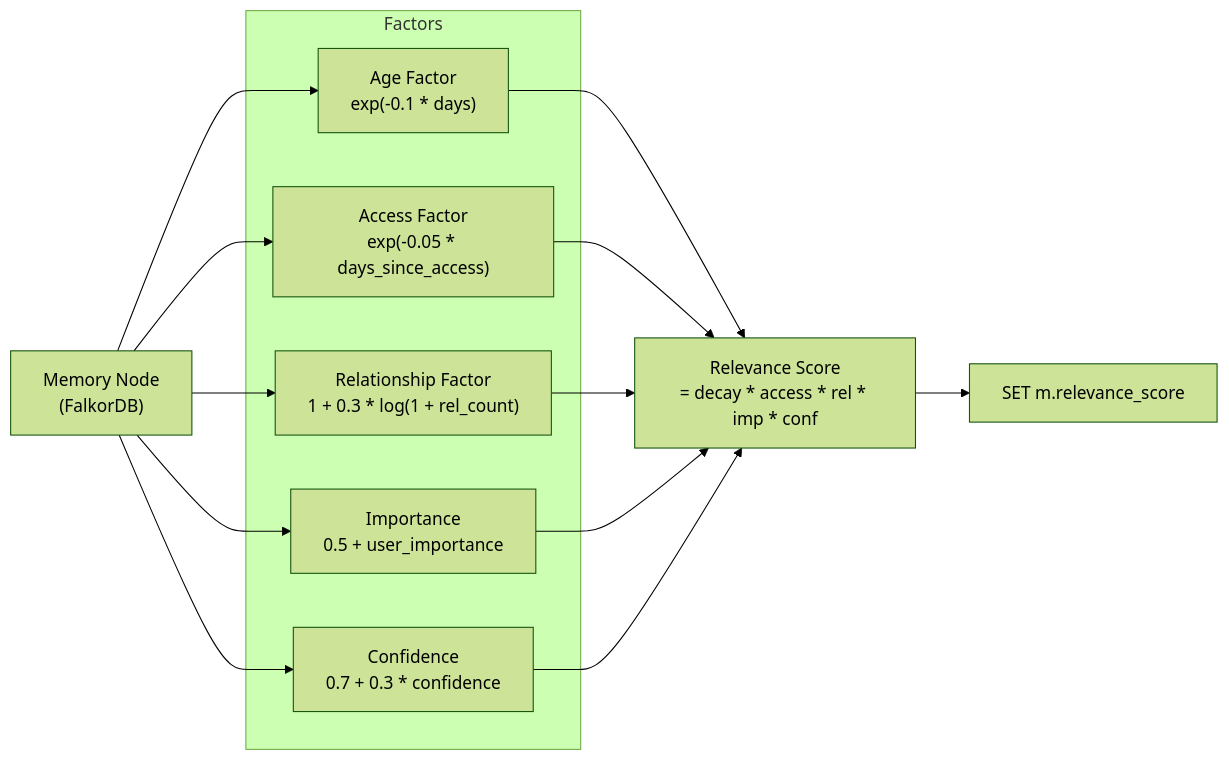
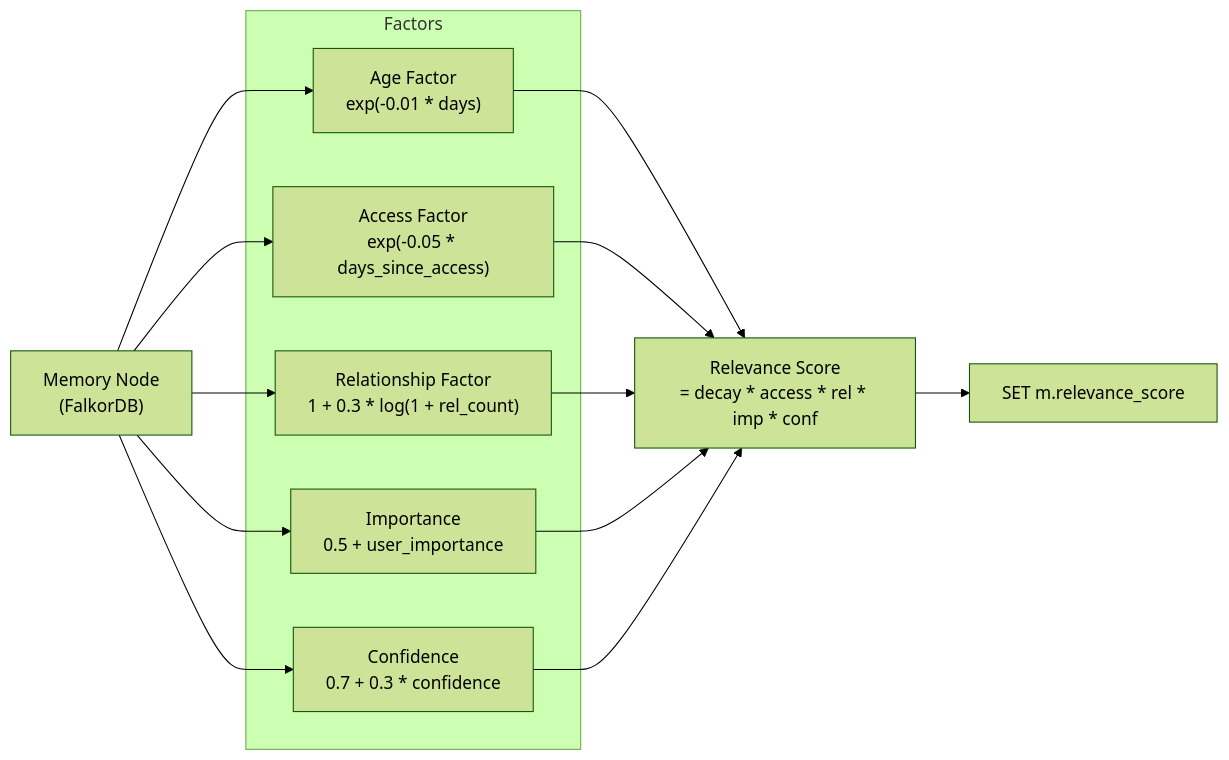
One commit to verygoodplugins/automem-website changed the second of 5 diagrams in src/content/docs/docs/core-concepts/consolidation.md. Above: the diagram before and after it, drawn with Mermaid (forest theme). The commit also changed other lines of this file and 48 other files, not shown here.

````diff
--- a/src/content/docs/docs/core-concepts/consolidation.md
+++ b/src/content/docs/docs/core-concepts/consolidation.md
@@ -110,26 +110,26 @@
 ```mermaid
 graph LR
     Memory["Memory Node<br/>(FalkorDB)"]
 
     subgraph "Factors"
-        Age["Age Factor<br/>exp(-0.1 * days)"]
+        Age["Age Factor<br/>exp(-0.01 * days)"]
         Access["Access Factor<br/>exp(-0.05 * days_since_access)"]
         Rel["Relationship Factor<br/>1 + 0.3 * log(1 + rel_count)"]
         Imp["Importance<br/>0.5 + user_importance"]
         Conf["Confidence<br/>0.7 + 0.3 * confidence"]
     end
 
     Memory --> Age
     Memory --> Access
     Memory --> Rel
     Memory --> Imp
     Memory --> Conf
 
     Age --> Score["Relevance Score<br/>= decay * access * rel * imp * conf"]
     Access --> Score
     Rel --> Score
     Imp --> Score
     Conf --> Score
 
     Score --> Update["SET m.relevance_score"]
 ```
````
